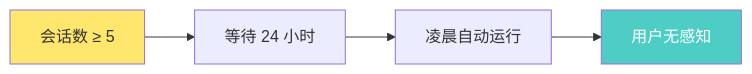
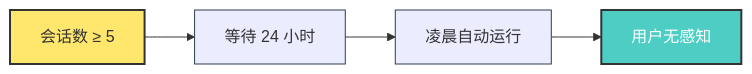
Before and after one commit to yufengyuanx/blog: the seventh of 11 diagrams in docs/research/claude-code-auto-dream.md, drawn with Mermaid. The commit also changed other lines of this file, not shown here.

Commit message:
fix: 修复所有 Mermaid 图表字体大小和语法问题

````diff
--- a/docs/research/claude-code-auto-dream.md
+++ b/docs/research/claude-code-auto-dream.md
@@ -459,9 +465,10 @@
 ```mermaid
+%%{init: {'theme': 'default', 'themeVariables': { 'fontSize': '16px', 'nodeBorder': '#2c3e50', 'clusterBkg': '#f8f9fa' }}}%%
 graph LR
     A[会话数 ≥ 5] --> B[等待 24 小时]
     B --> C[凌晨自动运行]
     C --> D[用户无感知]
     
-    style A fill:#ffe66d
-    style D fill:#4ecdc4,color:#fff
+    style A fill:#ffe66d,stroke:#333,stroke-width:2px
+    style D fill:#4ecdc4,color:#fff,stroke:#333,stroke-width:2px
 ```
````
